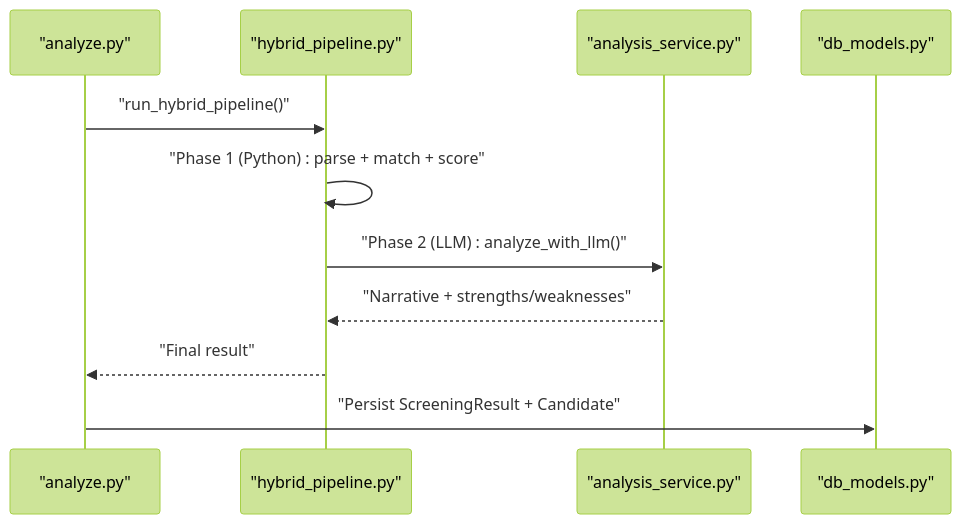
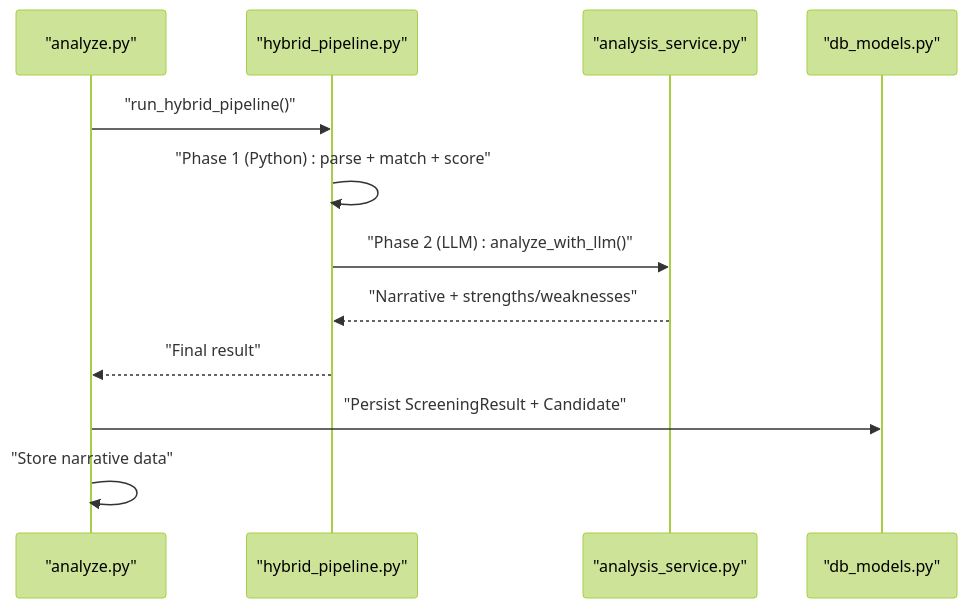
One commit to Revanththetalogics/aireume changed the tenth of 11 diagrams in .qoder/repowiki/en/content/Reporting & Analytics/Reporting & Analytics.md. Above: the diagram before and after it, drawn with Mermaid (forest theme). The commit also changed other lines of this file and 20 other files, not shown here.

````diff
--- a/.qoder/repowiki/en/content/Reporting & Analytics/Reporting & Analytics.md
+++ b/.qoder/repowiki/en/content/Reporting & Analytics/Reporting & Analytics.md
@@ -359,13 +422,14 @@
 ```mermaid
 sequenceDiagram
 participant BE as "analyze.py"
 participant HP as "hybrid_pipeline.py"
 participant SVC as "analysis_service.py"
 participant DB as "db_models.py"
 BE->>HP : "run_hybrid_pipeline()"
 HP->>HP : "Phase 1 (Python) : parse + match + score"
 HP->>SVC : "Phase 2 (LLM) : analyze_with_llm()"
 SVC-->>HP : "Narrative + strengths/weaknesses"
 HP-->>BE : "Final result"
 BE->>DB : "Persist ScreeningResult + Candidate"
+BE->>BE : "Store narrative data"
 ```
````
